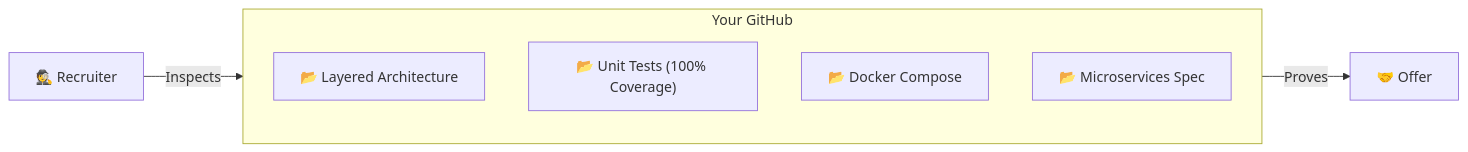
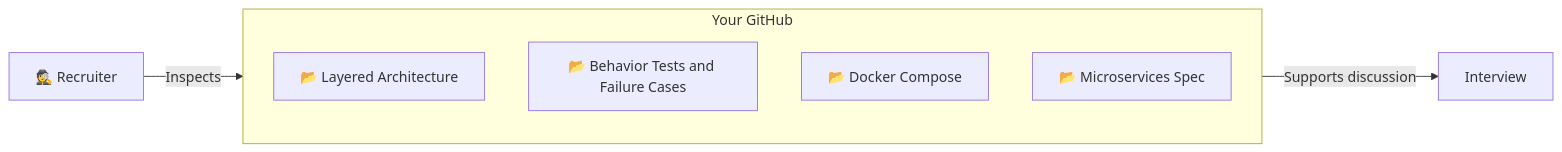
One commit to dake-edu/gopher-shop changed the diagram in docs/senior/07-career.md. Above: the diagram before and after it, drawn with Mermaid. The commit also changed other lines of this file and 85 other files, not shown here.

````diff
--- a/docs/senior/07-career.md
+++ b/docs/senior/07-career.md
@@ -29,14 +27,14 @@
 ```mermaid
 graph LR
     Recruiter[🕵️ Recruiter]
     
     subgraph Portfolio ["Your GitHub"]
         P1["📂 Layered Architecture"]
-        P2["📂 Unit Tests (100% Coverage)"]
+        P2["📂 Behavior Tests and Failure Cases"]
         P3["📂 Docker Compose"]
         P4["📂 Microservices Spec"]
     end
     
     Recruiter --> |Inspects| Portfolio
-    Portfolio --> |Proves| Job[🤝 Offer]
+    Portfolio --> |Supports discussion| Job[Interview]
 ```
````
